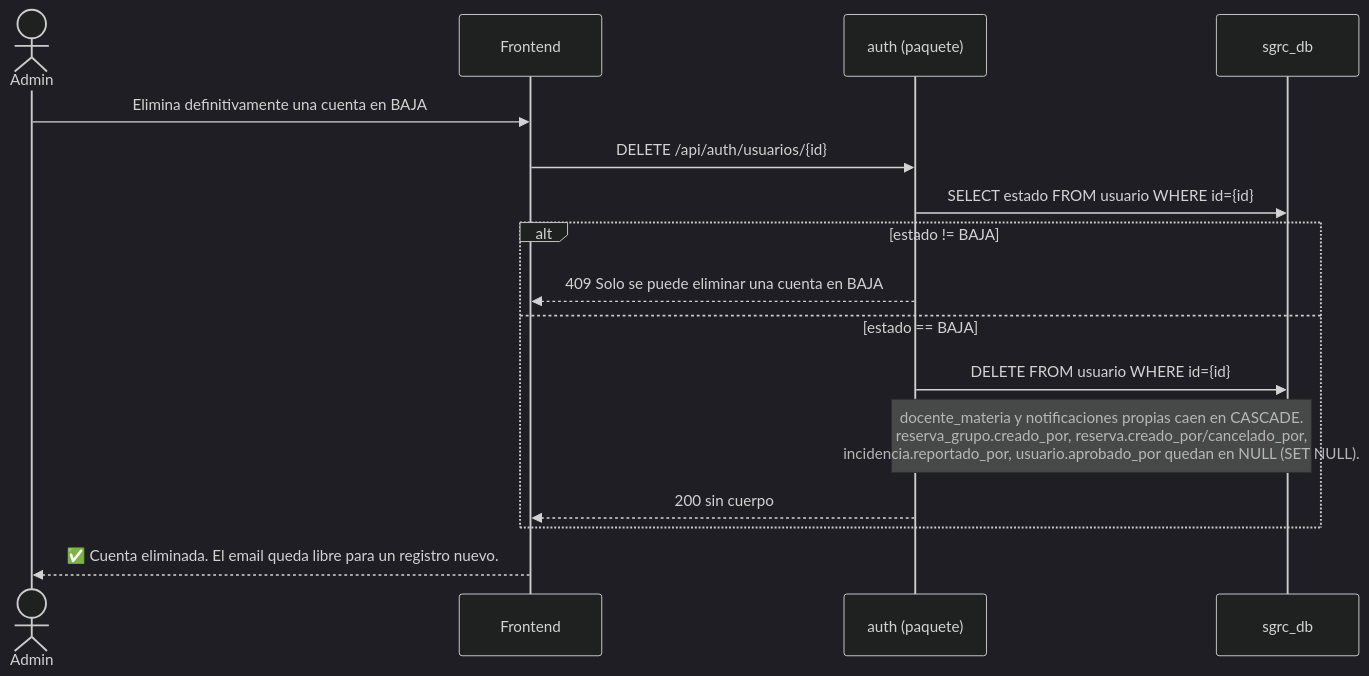
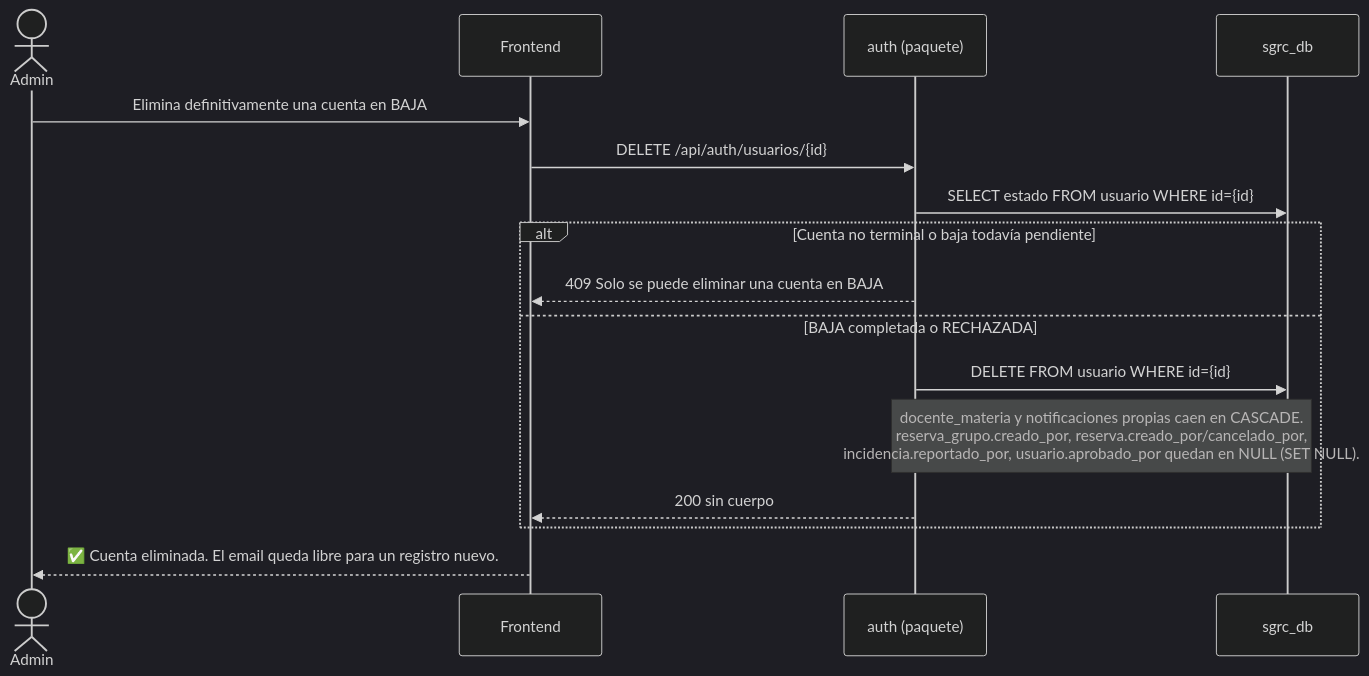
One commit to agustin-y2k/sgrc changed diagram 13 of 15 in docs/04-diagramas-secuencia.md. Above: the diagram before and after it, drawn with Mermaid (dark theme). The commit also changed other lines of this file and 14 other files, not shown here.

````diff
--- a/docs/04-diagramas-secuencia.md
+++ b/docs/04-diagramas-secuencia.md
@@ -423,19 +418,19 @@
 ```mermaid
 sequenceDiagram
     actor ADM as Admin
     participant FE as Frontend
     participant AUTH as auth (paquete)
     participant DB as sgrc_db
 
     ADM->>FE: Elimina definitivamente una cuenta en BAJA
     FE->>AUTH: DELETE /api/auth/usuarios/{id}
     AUTH->>DB: SELECT estado FROM usuario WHERE id={id}
-    alt estado != BAJA
+    alt Cuenta no terminal o baja todavía pendiente
         AUTH-->>FE: 409 Solo se puede eliminar una cuenta en BAJA
-    else estado == BAJA
+    else BAJA completada o RECHAZADA
         AUTH->>DB: DELETE FROM usuario WHERE id={id}
         Note over AUTH,DB: docente_materia y notificaciones propias caen en CASCADE.<br/>reserva_grupo.creado_por, reserva.creado_por/cancelado_por,<br/>incidencia.reportado_por, usuario.aprobado_por quedan en NULL (SET NULL).
         AUTH-->>FE: 200 sin cuerpo
     end
     FE-->>ADM: ✅ Cuenta eliminada. El email queda libre para un registro nuevo.
 ```
````
